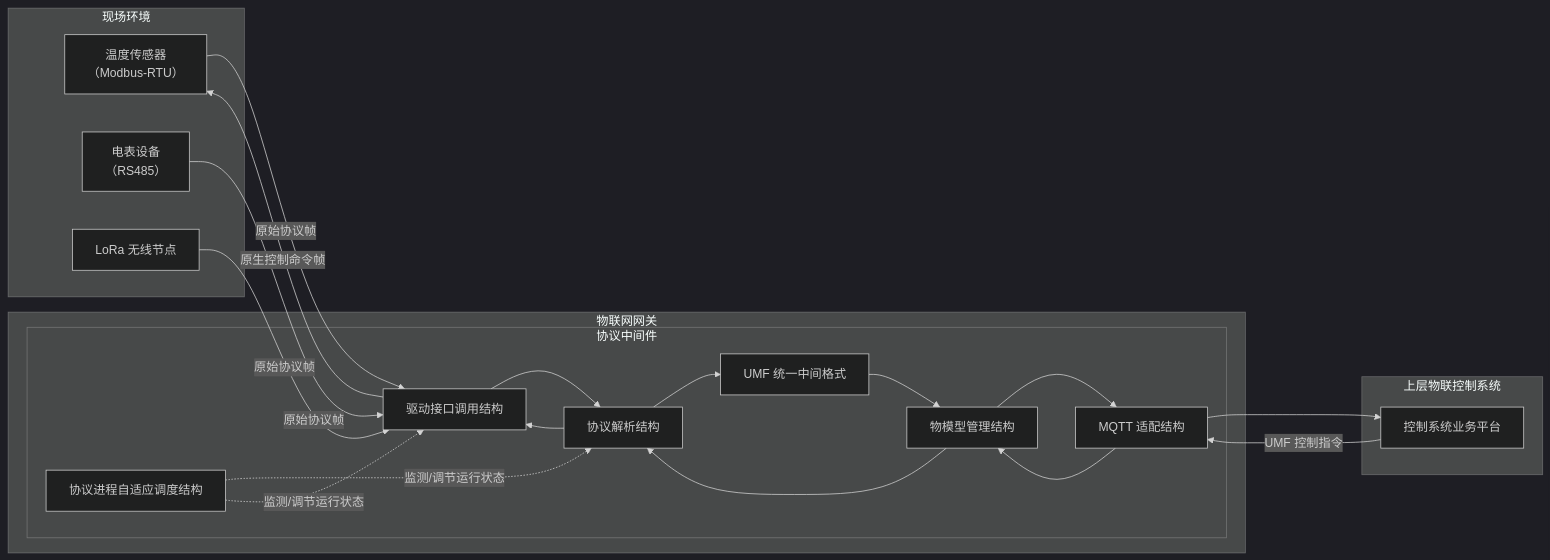
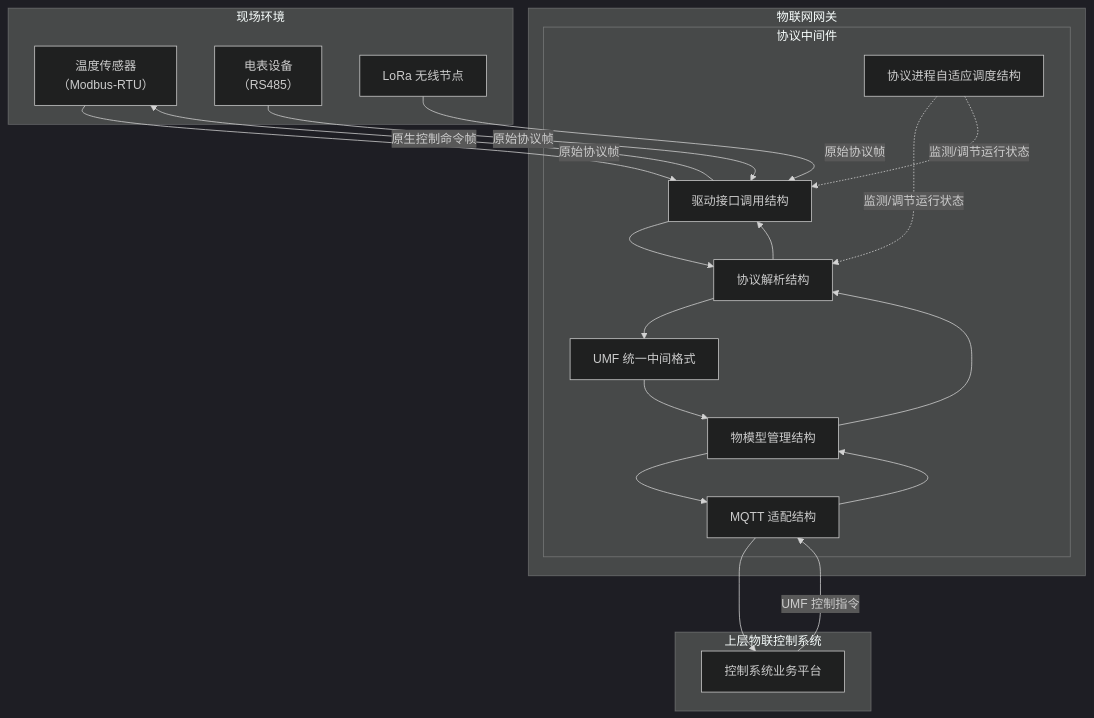
One commit to wenguo/iodraw-files changed the diagram in all/未命名-1.md. Above: the diagram before and after it, drawn with Mermaid (dark theme).

Commit message:
2025-11-20 08:07:22 update

````diff
--- a/all/未命名-1.md
+++ b/all/未命名-1.md
@@ -1,50 +1,50 @@
 ```mermaid
-graph LR
+graph TD
 
     %% --- 实际部署环境 ---
     subgraph SITE[现场环境]
         DEV1[温度传感器\n（Modbus-RTU）]
         DEV2[电表设备\n（RS485）]
         DEV3[LoRa 无线节点]
     end
 
     %% --- 网关设备 ---
     subgraph GW[物联网网关]
         subgraph MID[协议中间件]
             DIO[驱动接口调用结构]
             PARSE[协议解析结构]
             UMF[UMF 统一中间格式]
             MODEL[物模型管理结构]
             MQTT[MQTT 适配结构]
             PROC[协议进程自适应调度结构]
         end
     end
 
     %% --- 上层平台 ---
     subgraph CLOUD[上层物联控制系统]
         CTRL[控制系统业务平台]
     end
 
     %% --- 数据流 ---
     DEV1 -->|原始协议帧| DIO
     DEV2 -->|原始协议帧| DIO
     DEV3 -->|原始协议帧| DIO
 
     DIO --> PARSE
     PARSE --> UMF
     UMF --> MODEL
     MODEL --> MQTT
     MQTT --> CTRL
 
     %% --- 控制指令返回 ---
     CTRL -->|UMF 控制指令| MQTT
     MQTT --> MODEL
     MODEL --> PARSE
     PARSE --> DIO
     DIO -->|原生控制命令帧| DEV1
 
     %% --- 调度控制 ---
     PROC -.监测/调节运行状态.-> PARSE
     PROC -.监测/调节运行状态.-> DIO
 
 ```
````
